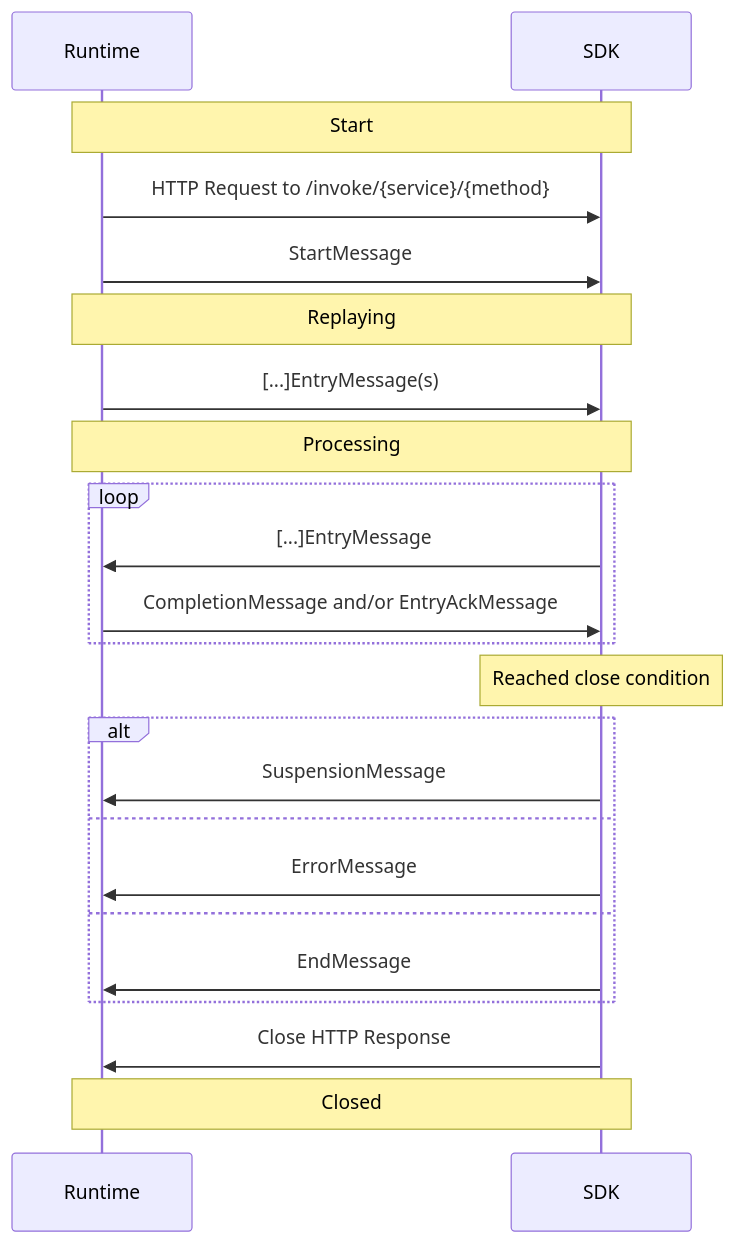
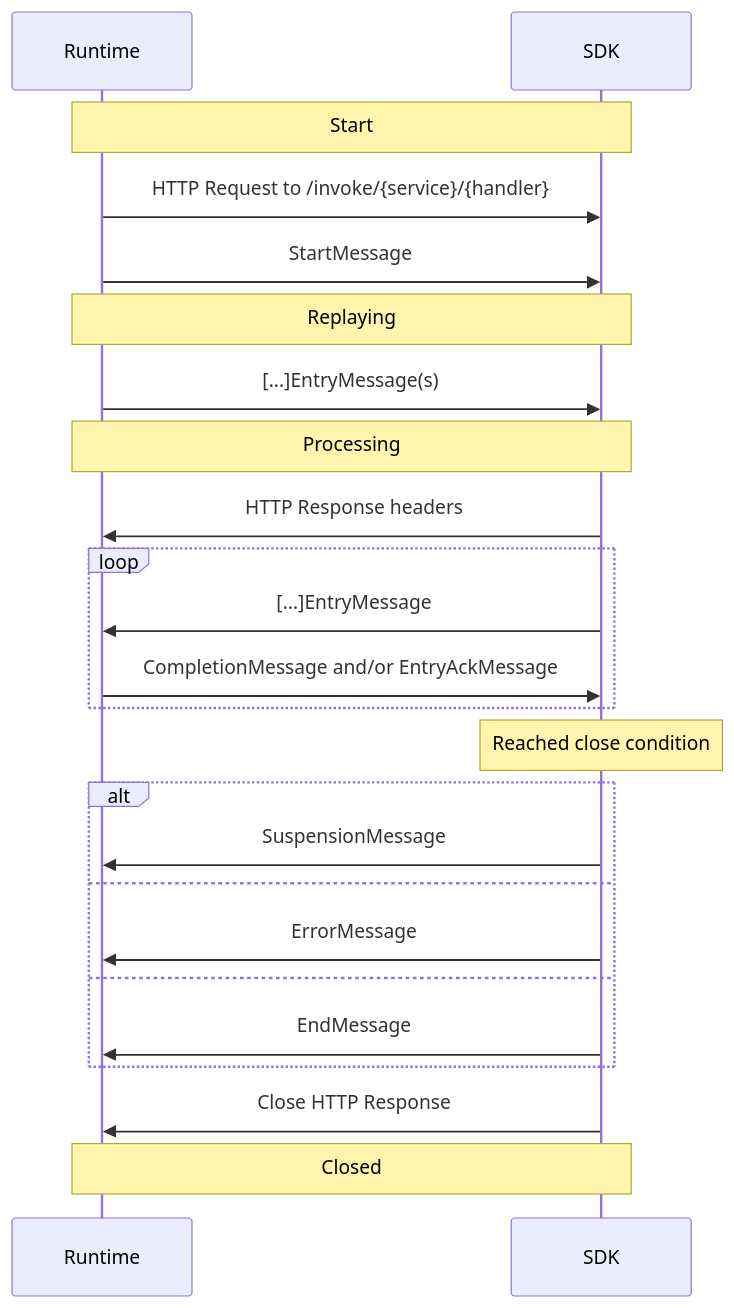
One commit to restatedev/service-protocol changed the diagram in service-invocation-protocol.md. Above: the diagram before and after it, drawn with Mermaid. The commit also changed other lines of this file, not shown here.

````diff
--- a/service-invocation-protocol.md
+++ b/service-invocation-protocol.md
@@ -32,23 +32,24 @@
 ```mermaid
 sequenceDiagram
     Note over Runtime,SDK: Start
-    Runtime->>SDK: HTTP Request to /invoke/{service}/{method}
+    Runtime->>SDK: HTTP Request to /invoke/{service}/{handler}
     Runtime->>SDK: StartMessage
     Note over Runtime,SDK: Replaying
     Runtime->>SDK: [...]EntryMessage(s)
     Note over Runtime,SDK: Processing
+    SDK->>Runtime: HTTP Response headers
     loop
         SDK->>Runtime: [...]EntryMessage
         Runtime->>SDK: CompletionMessage and/or EntryAckMessage
     end
     Note over SDK: Reached close condition
     alt
         SDK->>Runtime: SuspensionMessage
     else
         SDK->>Runtime: ErrorMessage
     else
         SDK->>Runtime: EndMessage
     end
     SDK->>Runtime: Close HTTP Response
     Note over Runtime,SDK: Closed
 ```
````
